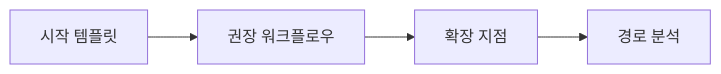
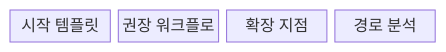
One commit to agnusdei1207/knowledge-base changed the first of 2 diagrams in src/content/docs/notes/03-software/083_internal_developer_platform_golden_path.md. Above: the diagram before and after it, drawn with Mermaid. The commit also changed other lines of this file and 20 other files, not shown here.

````diff
--- a/src/content/docs/notes/03-software/083_internal_developer_platform_golden_path.md
+++ b/src/content/docs/notes/03-software/083_internal_developer_platform_golden_path.md
@@ -59,6 +57,8 @@
 ```mermaid
-flowchart LR
-    S["시작 템플릿"] --> W["권장 워크플로우"]
-    W --> E["확장 지점"]
-    E --> A["경로 분석"]
+block
+  columns 4
+  S["시작 템플릿"]
+  W["권장 워크플로"]
+  E["확장 지점"]
+  A["경로 분석"]
 ```
````
